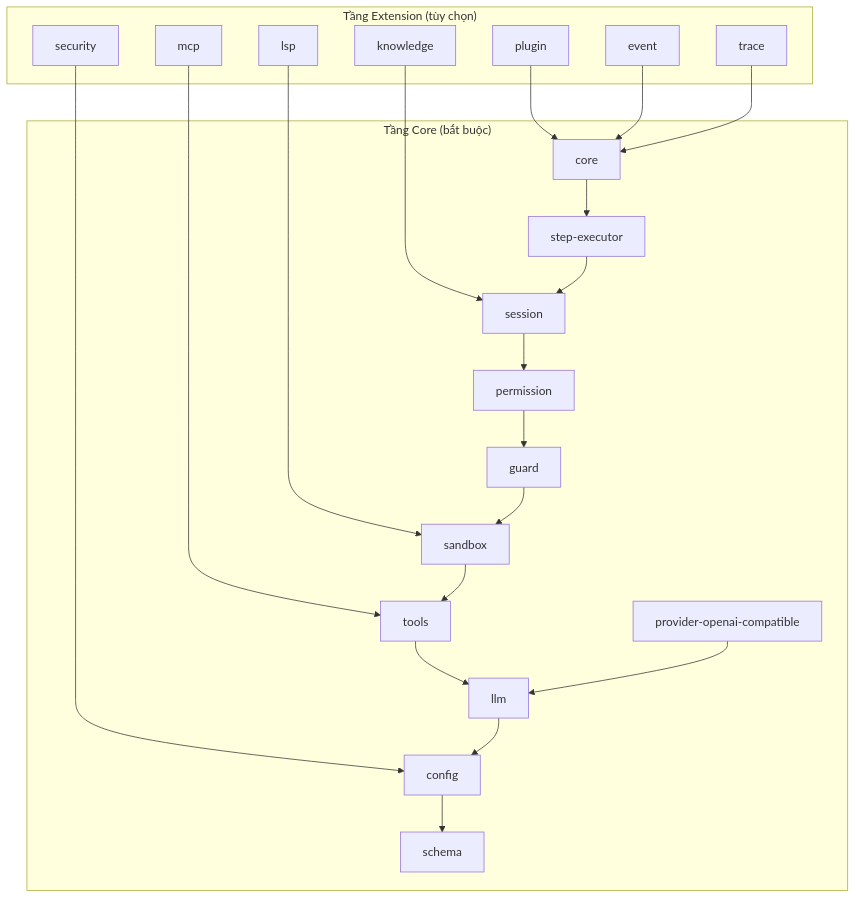
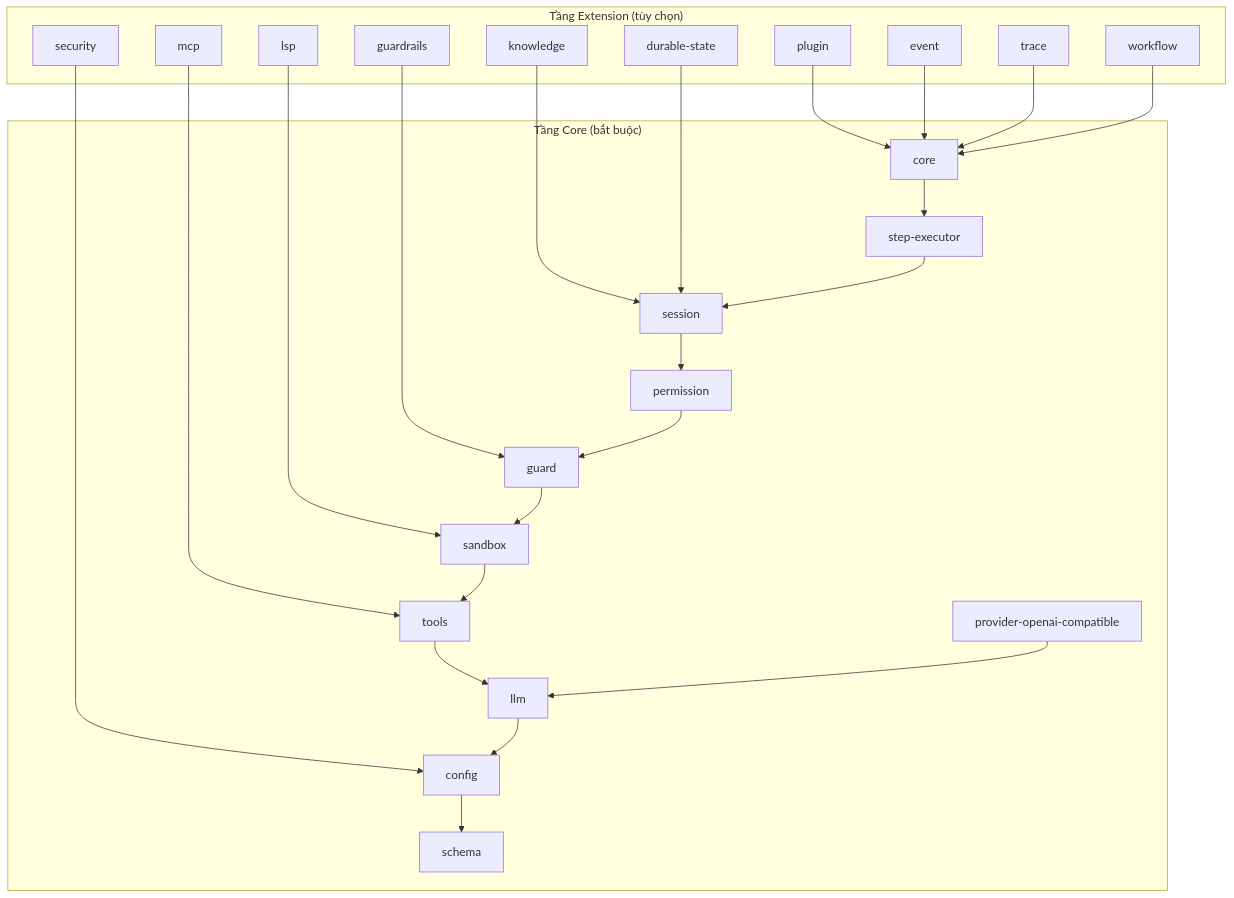
One commit to vinhnt-develop/vinhnt-sdk changed the diagram in docs/architecture/package-layers.vi.md. Above: the diagram before and after it, drawn with Mermaid. The commit also changed other lines of this file and 37 other files, not shown here.

````diff
--- a/docs/architecture/package-layers.vi.md
+++ b/docs/architecture/package-layers.vi.md
@@ -16,45 +16,51 @@
 ```mermaid
 graph TB
     subgraph "Tầng Extension (tùy chọn)"
         EXT_PLUGIN["plugin"]
         EXT_KNOWLEDGE["knowledge"]
         EXT_EVENT["event"]
         EXT_MCP["mcp"]
         EXT_TRACE["trace"]
         EXT_SECURITY["security"]
         EXT_LSP["lsp"]
+        EXT_GUARDRAILS["guardrails"]
+        EXT_WORKFLOW["workflow"]
+        EXT_DURABLE["durable-state"]
     end
 
     subgraph "Tầng Core (bắt buộc)"
         CORE_CORE["core"]
         CORE_STEP["step-executor"]
         CORE_SESSION["session"]
         CORE_PERMISSION["permission"]
         CORE_GUARD["guard"]
         CORE_SANDBOX["sandbox"]
         CORE_TOOLS["tools"]
         CORE_LLM["llm"]
         CORE_CONFIG["config"]
         CORE_SCHEMA["schema"]
         CORE_PROVIDER["provider-openai-compatible"]
     end
 
     EXT_PLUGIN --> CORE_CORE
     EXT_KNOWLEDGE --> CORE_SESSION
     EXT_EVENT --> CORE_CORE
     EXT_MCP --> CORE_TOOLS
     EXT_TRACE --> CORE_CORE
     EXT_SECURITY --> CORE_CONFIG
     EXT_LSP --> CORE_SANDBOX
+    EXT_GUARDRAILS --> CORE_GUARD
+    EXT_WORKFLOW --> CORE_CORE
+    EXT_DURABLE --> CORE_SESSION
 
     CORE_CORE --> CORE_STEP
     CORE_STEP --> CORE_SESSION
     CORE_SESSION --> CORE_PERMISSION
     CORE_PERMISSION --> CORE_GUARD
     CORE_GUARD --> CORE_SANDBOX
     CORE_SANDBOX --> CORE_TOOLS
     CORE_TOOLS --> CORE_LLM
     CORE_LLM --> CORE_CONFIG
     CORE_CONFIG --> CORE_SCHEMA
     CORE_PROVIDER --> CORE_LLM
 ```
````
